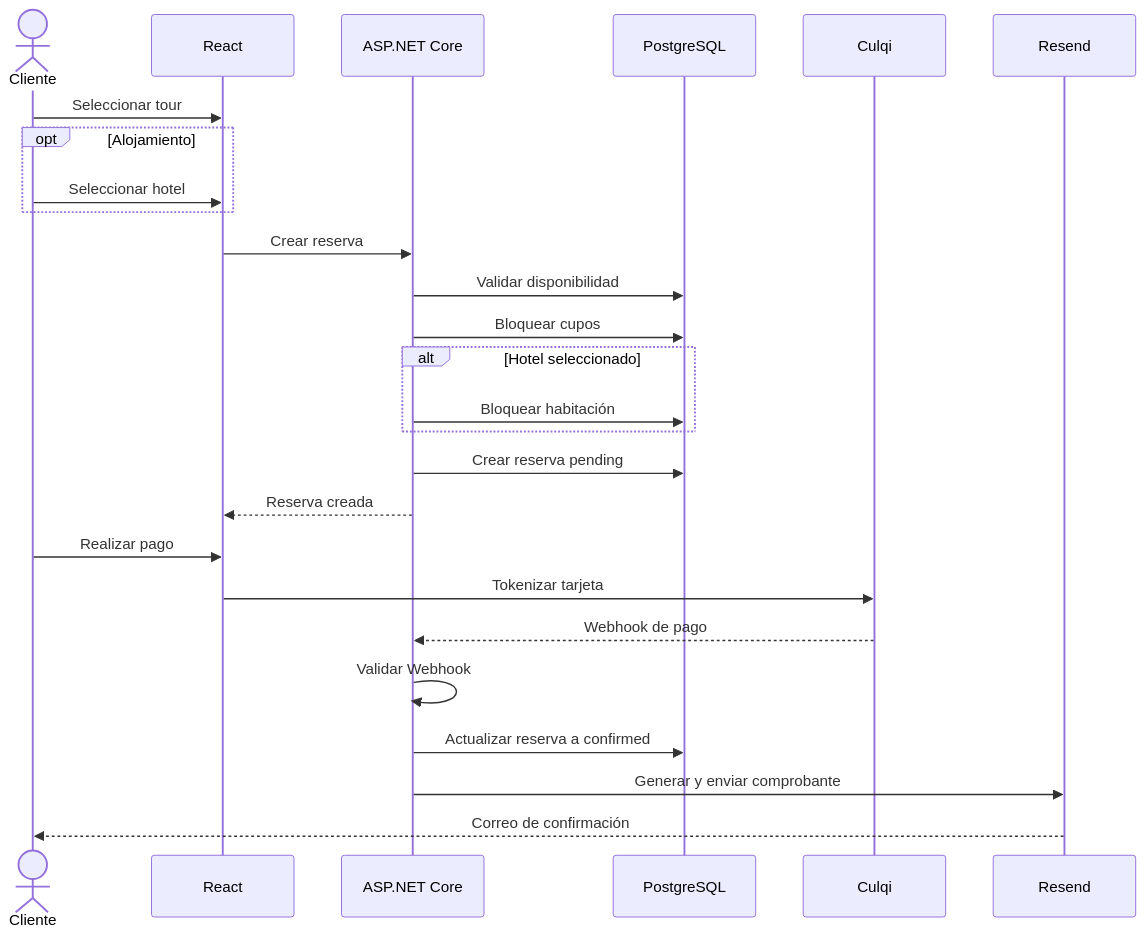
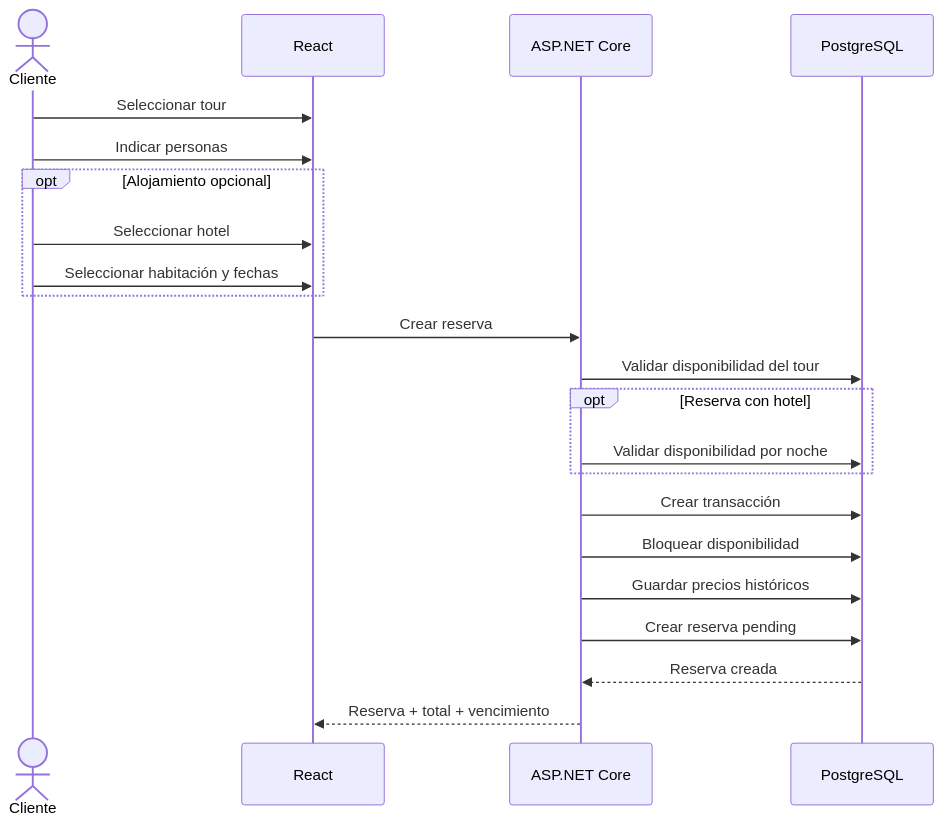
Before and after one commit to AiColleman/DMGoTravell: the third of 5 diagrams in README.md, drawn with Mermaid. The commit also changed other lines of this file, not shown here.

````diff
--- a/README.md
+++ b/README.md
@@ -417,37 +429,33 @@
 ```mermaid
 sequenceDiagram
 
     actor Cliente
-
-    participant Frontend as React
+    participant React
     participant API as ASP.NET Core
     participant DB as PostgreSQL
-    participant Culqi
-    participant Resend
 
-    Cliente->>Frontend: Seleccionar tour
+    Cliente->>React: Seleccionar tour
+    Cliente->>React: Indicar personas
 
-    opt Alojamiento
-        Cliente->>Frontend: Seleccionar hotel
+    opt Alojamiento opcional
+        Cliente->>React: Seleccionar hotel
+        Cliente->>React: Seleccionar habitación y fechas
     end
 
-    Frontend->>API: Crear reserva
-    API->>DB: Validar disponibilidad
-    API->>DB: Bloquear cupos
+    React->>API: Crear reserva
 
-    alt Hotel seleccionado
-        API->>DB: Bloquear habitación
+    API->>DB: Validar disponibilidad del tour
+
+    opt Reserva con hotel
+        API->>DB: Validar disponibilidad por noche
     end
 
+    API->>DB: Crear transacción
+
+    API->>DB: Bloquear disponibilidad
+    API->>DB: Guardar precios históricos
     API->>DB: Crear reserva pending
-    API-->>Frontend: Reserva creada
 
-    Cliente->>Frontend: Realizar pago
-    Frontend->>Culqi: Tokenizar tarjeta
-    Culqi-->>API: Webhook de pago
-
-    API->>API: Validar Webhook
-    API->>DB: Actualizar reserva a confirmed
-    API->>Resend: Generar y enviar comprobante
-    Resend-->>Cliente: Correo de confirmación
+    DB-->>API: Reserva creada
+    API-->>React: Reserva + total + vencimiento
 ```
````
